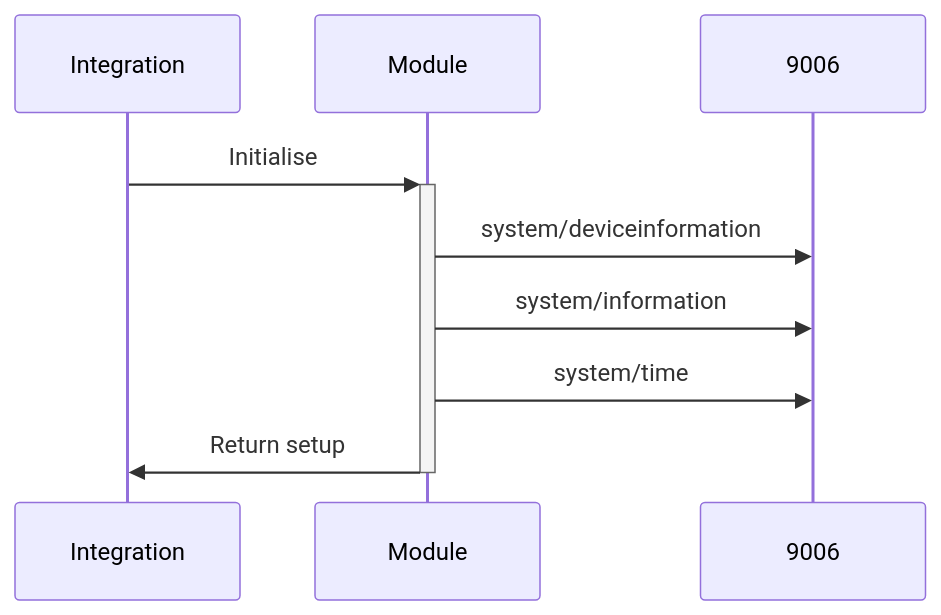
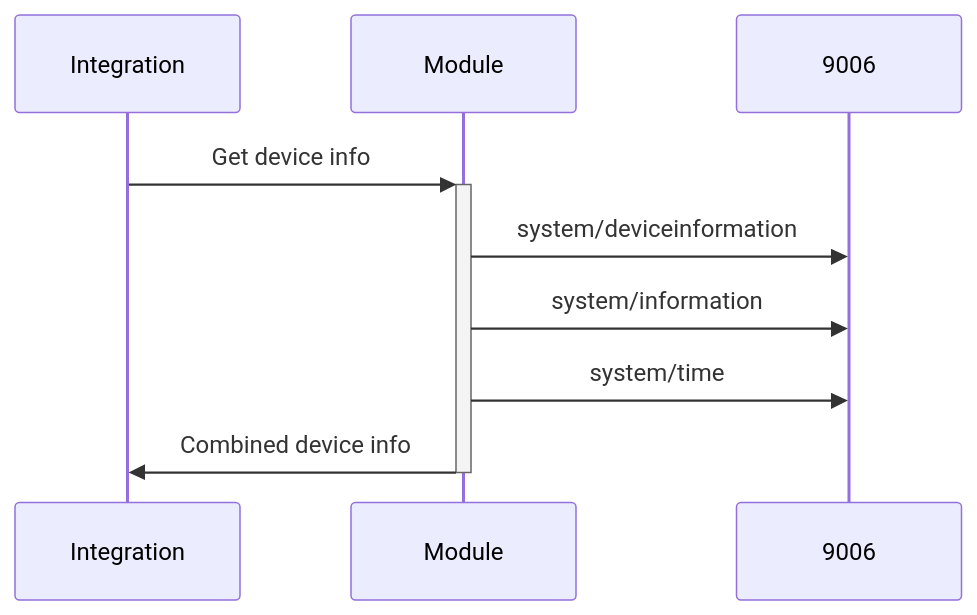
One commit to RogerSelwyn/Home_Assistant_SkyQ_MediaPlayer changed the first of 2 diagrams in flowchart/README.md. Above: the diagram before and after it, drawn with Mermaid. The commit also changed other lines of this file, not shown here.

````diff
--- a/flowchart/README.md
+++ b/flowchart/README.md
@@ -5,11 +5,11 @@
 ```mermaid
 sequenceDiagram
 participant I as Integration
 participant M as Module
 participant J as 9006
-I->>+M: Initialise
+I->>+M: Get device info
 M->>J: system/deviceinformation
 M->>J: system/information
 M->>J: system/time
-M->>-I: Return setup
+M->>-I: Combined device info
 ```
````
